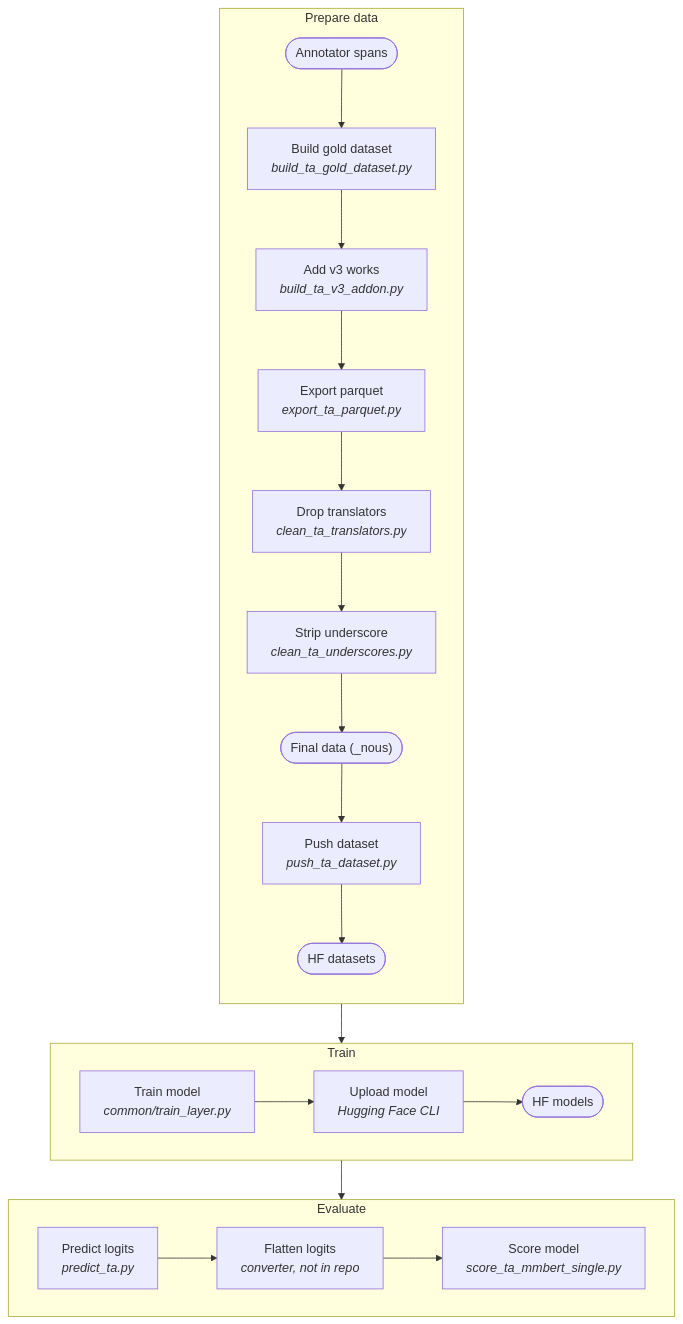
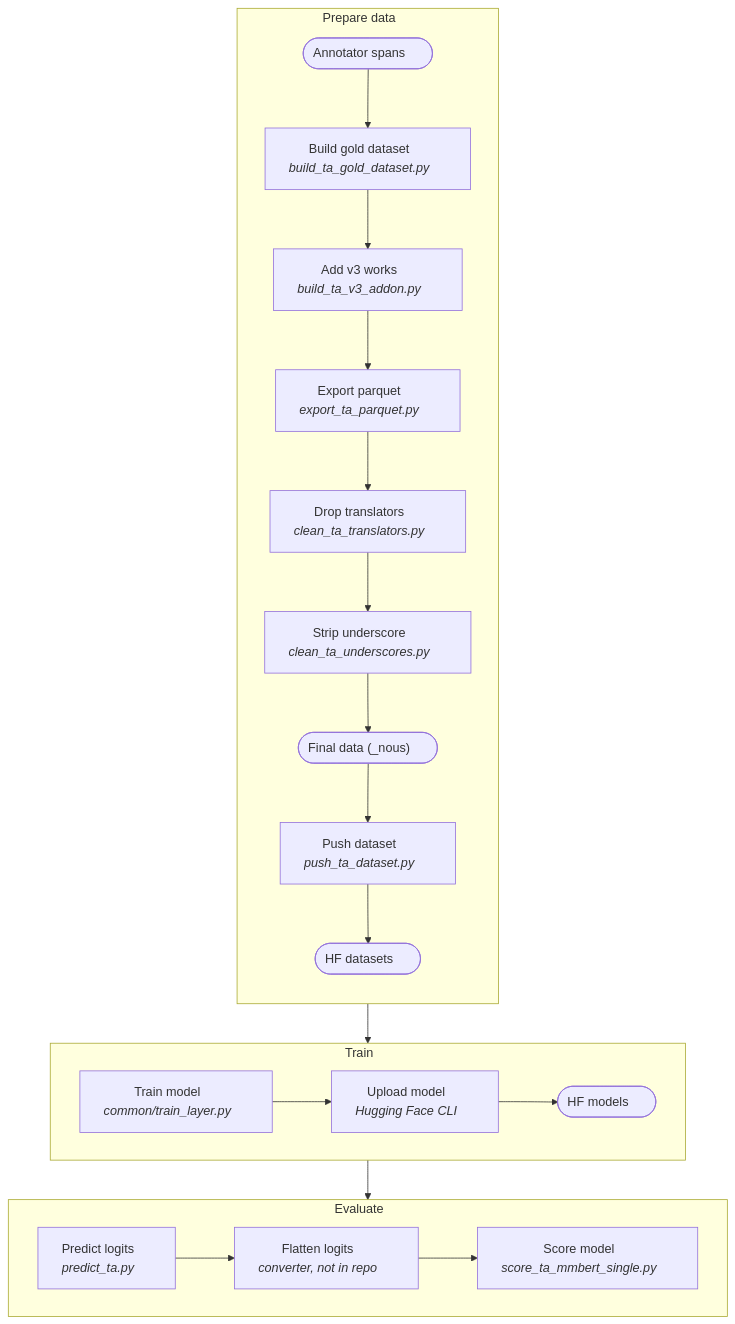
Before and after one commit to tenzinyonten/tibetan-layer-detection: the first of 2 diagrams in title_author/README.md, drawn with Mermaid. The commit also changed other lines of this file and 8 other files, not shown here.

Commit message:
Add padding to flowchart labels so GitHub does not clip them

````diff
--- a/title_author/README.md
+++ b/title_author/README.md
@@ -33,26 +33,26 @@
 ```mermaid
 flowchart TD
-  subgraph PREP["Prepare data"]
+  subgraph PREP["Prepare data&nbsp;&nbsp;&nbsp;&nbsp;&nbsp;"]
     direction TB
-    F1(["Annotator spans"]) --> S1["Build gold dataset<br/><i>build_ta_gold_dataset.py</i>"]
-    S1 --> S2["Add v3 works<br/><i>build_ta_v3_addon.py</i>"]
-    S2 --> S3["Export parquet<br/><i>export_ta_parquet.py</i>"]
-    S3 --> S4["Drop translators<br/><i>clean_ta_translators.py</i>"]
-    S4 --> S5["Strip underscore<br/><i>clean_ta_underscores.py</i>"]
-    S5 --> F2(["Final data (_nous)"])
-    F2 --> S6["Push dataset<br/><i>push_ta_dataset.py</i>"]
-    S6 --> F3(["HF datasets"])
+    F1(["Annotator spans&nbsp;&nbsp;&nbsp;&nbsp;&nbsp;"]) --> S1["Build gold dataset&nbsp;&nbsp;&nbsp;&nbsp;&nbsp;<br/><i>build_ta_gold_dataset.py&nbsp;&nbsp;&nbsp;&nbsp;&nbsp;</i>"]
+    S1 --> S2["Add v3 works&nbsp;&nbsp;&nbsp;&nbsp;&nbsp;<br/><i>build_ta_v3_addon.py&nbsp;&nbsp;&nbsp;&nbsp;&nbsp;</i>"]
+    S2 --> S3["Export parquet&nbsp;&nbsp;&nbsp;&nbsp;&nbsp;<br/><i>export_ta_parquet.py&nbsp;&nbsp;&nbsp;&nbsp;&nbsp;</i>"]
+    S3 --> S4["Drop translators&nbsp;&nbsp;&nbsp;&nbsp;&nbsp;<br/><i>clean_ta_translators.py&nbsp;&nbsp;&nbsp;&nbsp;&nbsp;</i>"]
+    S4 --> S5["Strip underscore&nbsp;&nbsp;&nbsp;&nbsp;&nbsp;<br/><i>clean_ta_underscores.py&nbsp;&nbsp;&nbsp;&nbsp;&nbsp;</i>"]
+    S5 --> F2(["Final data (_nous)&nbsp;&nbsp;&nbsp;&nbsp;&nbsp;"])
+    F2 --> S6["Push dataset&nbsp;&nbsp;&nbsp;&nbsp;&nbsp;<br/><i>push_ta_dataset.py&nbsp;&nbsp;&nbsp;&nbsp;&nbsp;</i>"]
+    S6 --> F3(["HF datasets&nbsp;&nbsp;&nbsp;&nbsp;&nbsp;"])
   end
-  subgraph TRAIN["Train"]
+  subgraph TRAIN["Train&nbsp;&nbsp;&nbsp;&nbsp;&nbsp;"]
     direction LR
-    T1["Train model<br/><i>common/train_layer.py</i>"] --> T2["Upload model<br/><i>Hugging Face CLI</i>"]
-    T2 --> F4(["HF models"])
+    T1["Train model&nbsp;&nbsp;&nbsp;&nbsp;&nbsp;<br/><i>common/train_layer.py&nbsp;&nbsp;&nbsp;&nbsp;&nbsp;</i>"] --> T2["Upload model&nbsp;&nbsp;&nbsp;&nbsp;&nbsp;<br/><i>Hugging Face CLI&nbsp;&nbsp;&nbsp;&nbsp;&nbsp;</i>"]
+    T2 --> F4(["HF models&nbsp;&nbsp;&nbsp;&nbsp;&nbsp;"])
   end
-  subgraph EVAL["Evaluate"]
+  subgraph EVAL["Evaluate&nbsp;&nbsp;&nbsp;&nbsp;&nbsp;"]
     direction LR
-    E1["Predict logits<br/><i>predict_ta.py</i>"] --> E2["Flatten logits<br/><i>converter, not in repo</i>"]
-    E2 --> E3["Score model<br/><i>score_ta_mmbert_single.py</i>"]
+    E1["Predict logits&nbsp;&nbsp;&nbsp;&nbsp;&nbsp;<br/><i>predict_ta.py&nbsp;&nbsp;&nbsp;&nbsp;&nbsp;</i>"] --> E2["Flatten logits&nbsp;&nbsp;&nbsp;&nbsp;&nbsp;<br/><i>converter, not in repo&nbsp;&nbsp;&nbsp;&nbsp;&nbsp;</i>"]
+    E2 --> E3["Score model&nbsp;&nbsp;&nbsp;&nbsp;&nbsp;<br/><i>score_ta_mmbert_single.py&nbsp;&nbsp;&nbsp;&nbsp;&nbsp;</i>"]
   end
   PREP --> TRAIN
   TRAIN --> EVAL
 ```
````
